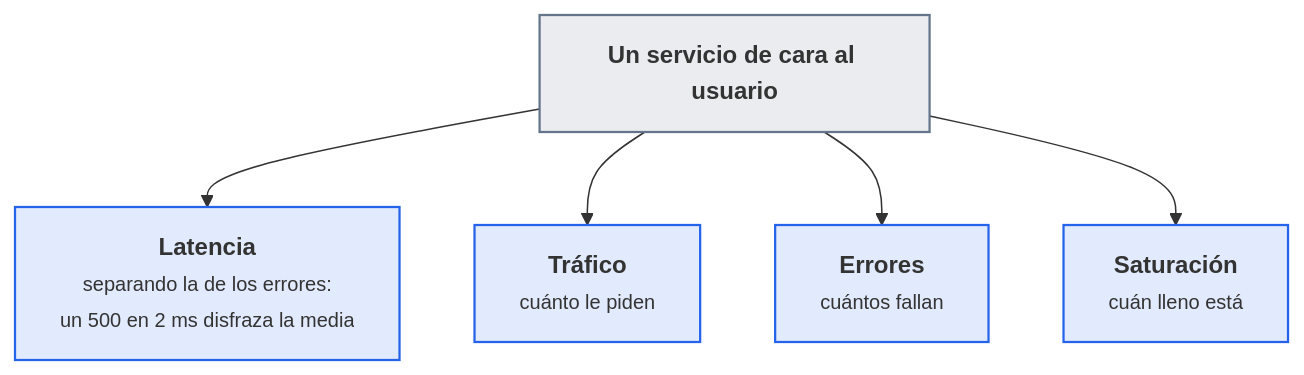
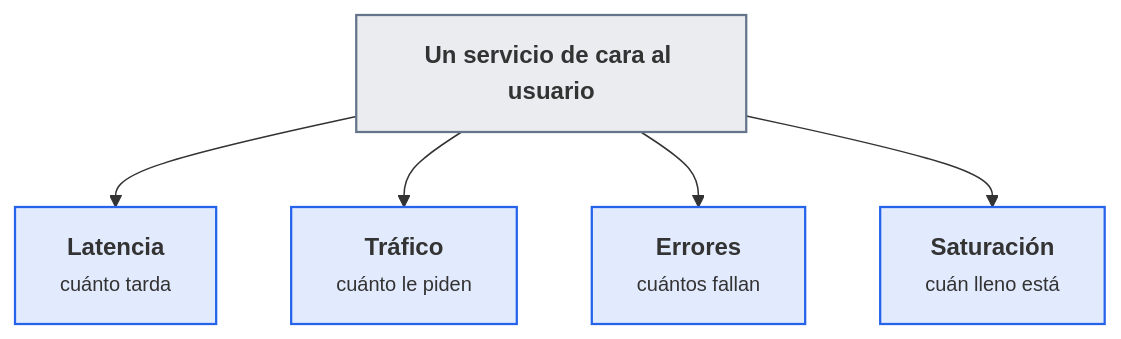
One commit to victor-educ/apuntes-5169 changed the first of 6 diagrams in docs/ut/ut4-kpi-pruebas.md. Above: the diagram before and after it, drawn with Mermaid. The commit also changed other lines of this file and 6 other files, not shown here.

````diff
--- a/docs/ut/ut4-kpi-pruebas.md
+++ b/docs/ut/ut4-kpi-pruebas.md
@@ -23,15 +23,11 @@
 ```mermaid
 flowchart TB
     S["<b>Un servicio de cara al usuario</b>"]:::pieza
-    L["<b>Latencia</b><br><small>separando la de los errores:<br>un 500 en 2 ms disfraza la media</small>"]:::dato
+    L["<b>Latencia</b><br><small>cuánto tarda</small>"]:::dato
     T["<b>Tráfico</b><br><small>cuánto le piden</small>"]:::dato
     E["<b>Errores</b><br><small>cuántos fallan</small>"]:::dato
     SAT["<b>Saturación</b><br><small>cuán lleno está</small>"]:::dato
     S --> L & T & E & SAT
-    classDef act fill:#ea580c22,stroke:#ea580c,stroke-width:1.5px
     classDef pieza fill:#64748b22,stroke:#64748b,stroke-width:1.5px
     classDef dato fill:#2563eb22,stroke:#2563eb,stroke-width:1.5px
-    classDef infra fill:#a1a1aa14,stroke:#a1a1aa,stroke-width:1.5px
-    classDef ok fill:#16a34a22,stroke:#16a34a,stroke-width:1.5px
-    classDef riesgo fill:#dc262622,stroke:#dc2626,stroke-width:1.5px
 ```
````
